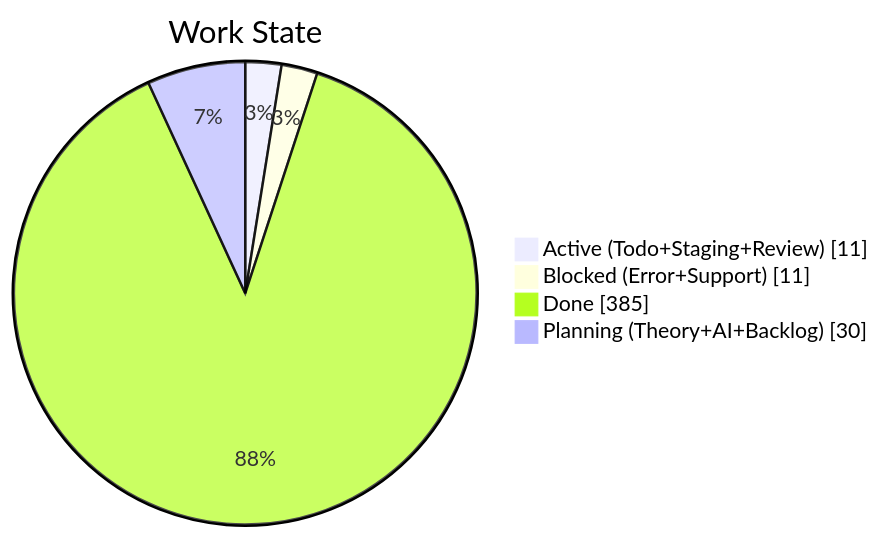
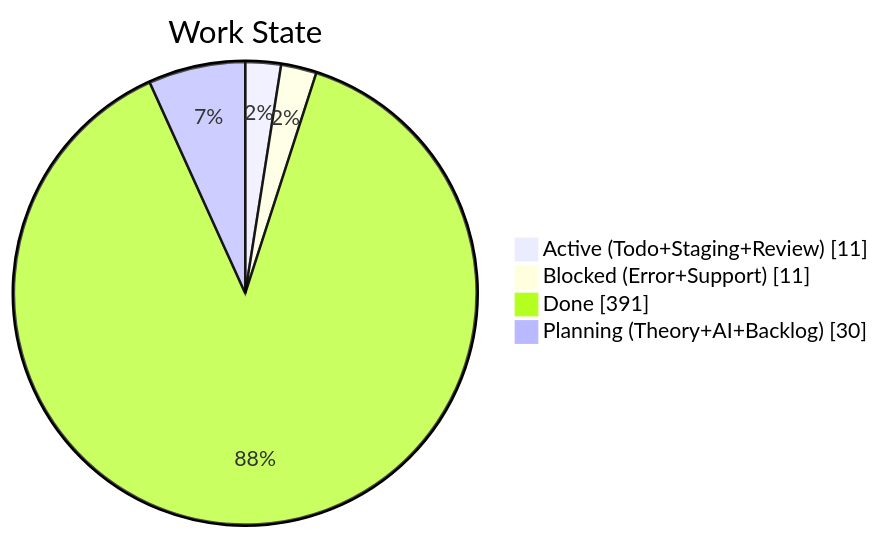
Before and after one commit to KBVE/kbve: the second of 4 diagrams in apps/kbve/astro-kbve/src/content/docs/dashboard/kanban-data.mdx, drawn with Mermaid. The commit also changed other lines of this file and 8 other files, not shown here.

````diff
--- a/apps/kbve/astro-kbve/src/content/docs/dashboard/kanban-data.mdx
+++ b/apps/kbve/astro-kbve/src/content/docs/dashboard/kanban-data.mdx
@@ -68,8 +68,8 @@
 ```mermaid
 pie showData
     title Work State
     "Active (Todo+Staging+Review)" : 11
     "Blocked (Error+Support)" : 11
-    "Done" : 385
+    "Done" : 391
     "Planning (Theory+AI+Backlog)" : 30
 ```
````
